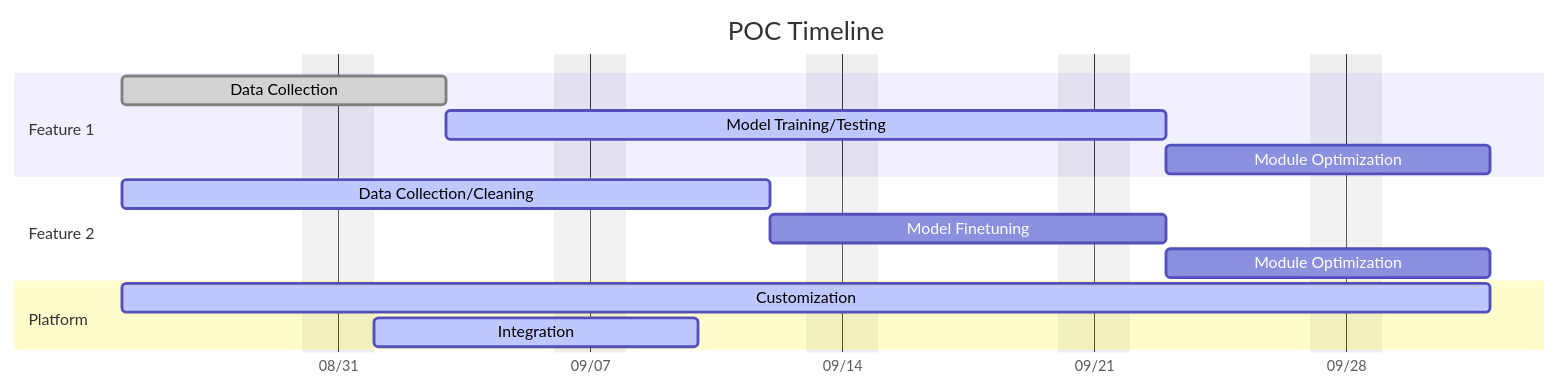
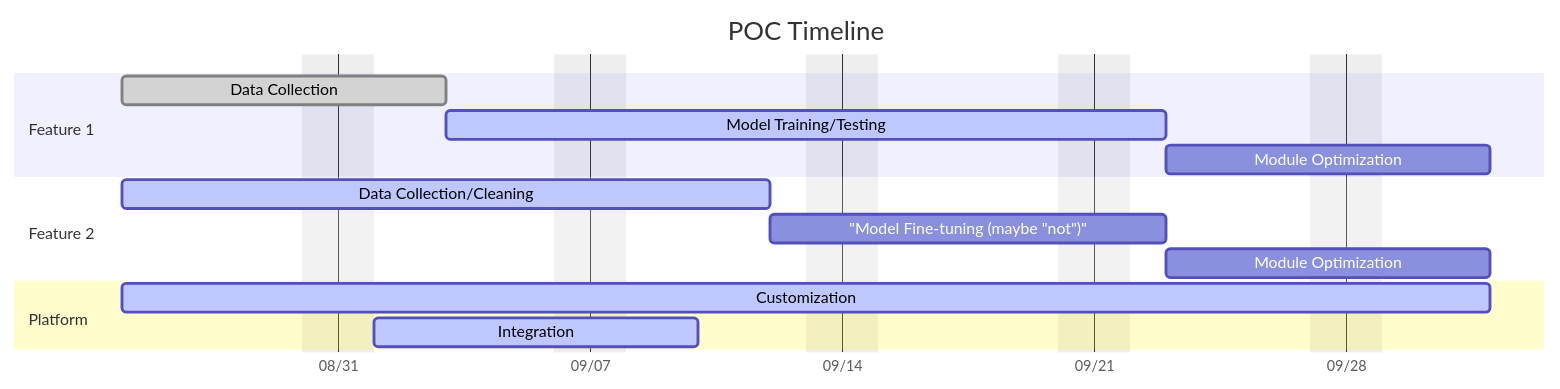
Before and after one commit to JordanWu1997/Vim_Tmux_Config: the third of 3 diagrams in doc/markdown/mermaid/mermaid.md, drawn with Mermaid. The commit also changed other lines of this file and 3 other files, not shown here.

````diff
--- a/doc/markdown/mermaid/mermaid.md
+++ b/doc/markdown/mermaid/mermaid.md
@@ -70,27 +71,27 @@
 ```mermaid
 gantt
 
   %% Configs
   title POC Timeline
   dateformat YYYY-MM-DD
   axisFormat %m/%d
   tickInterval 1week
   excludes weekends
 
   %% Feature 1
   section Feature 1
   Data Collection: done, a1, 2025-08-25, 1w
   Model Training/Testing: active, a2, after a1, 2w
   Module Optimization: after a2, 1w
 
   %% Feature 2
   section Feature 2
   Data Collection/Cleaning: active,b1, 2025-08-25, 2w
-  Model Finetuning: b2, after b1, 1w
+  "Model Fine-tuning (maybe "not")": b2, after b1, 1w
   Module Optimization: after b2, 1w
 
   %% Platform
   section Platform
   Customization: active, c1, 2025-08-25, 4w
   Integration: active, d1, 2025-09-01, 1w
 ```
````
